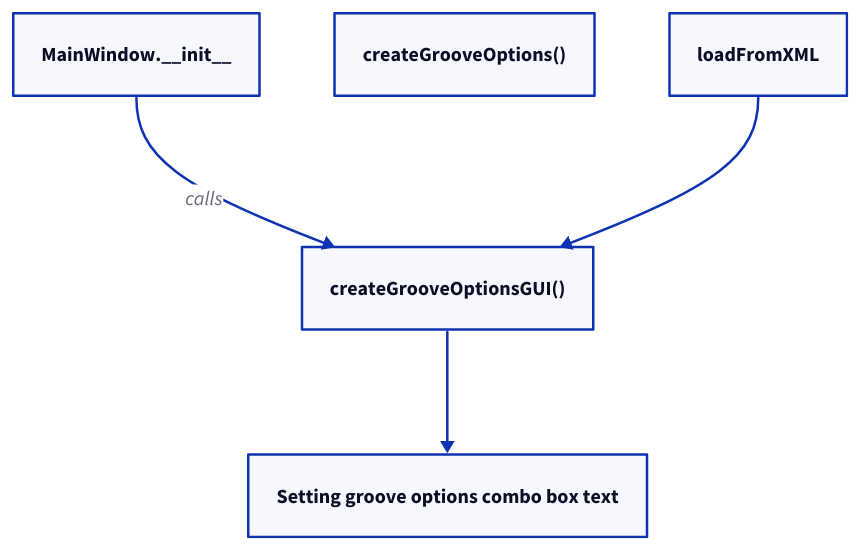
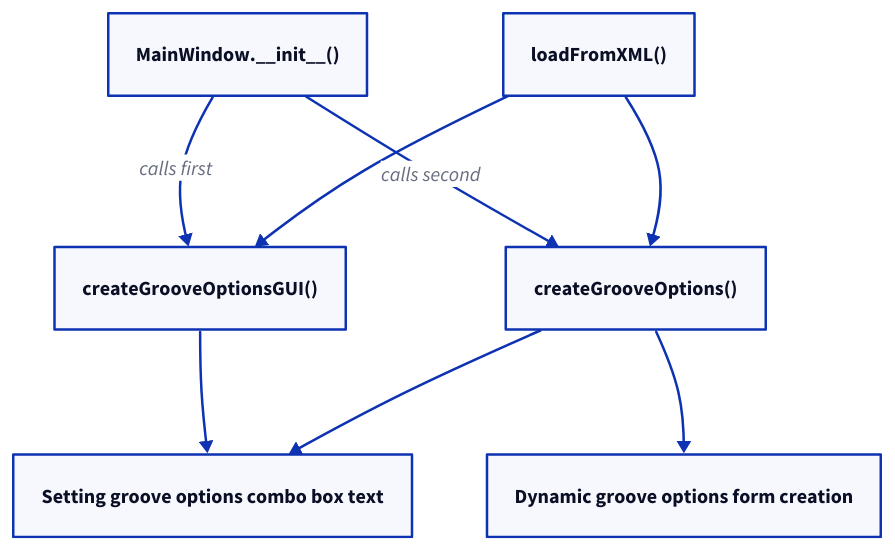
Before and after one commit to pyroll-project/pyroll-gui: the diagram in docs/grooveOptions.d2, drawn with D2. The commit also changed 1 other file, not shown here.

Commit message:
Update diagram

```diff
--- a/docs/grooveOptions.d2
+++ b/docs/grooveOptions.d2
@@ -1,7 +1,15 @@
-mainwindow: MainWindow.__init__
+mainwindow: MainWindow.__init__()
 createGrooveGUI: createGrooveOptionsGUI()
-mainwindow -> createGrooveGUI: calls
+createGrooveOptions: createGrooveOptions()
 setGrooveText: Setting groove options combo box text
+guiCreation: Dynamic groove options form creation
+loadFromXML: loadFromXML()
+
+
+mainwindow -> createGrooveGUI: calls first
+mainwindow -> createGrooveOptions: calls second
 createGrooveGUI -> setGrooveText
-createGrooveOptions: createGrooveOptions()
+createGrooveOptions -> setGrooveText
+createGrooveOptions -> guiCreation
 loadFromXML -> createGrooveGUI
+loadFromXML -> createGrooveOptions
```
